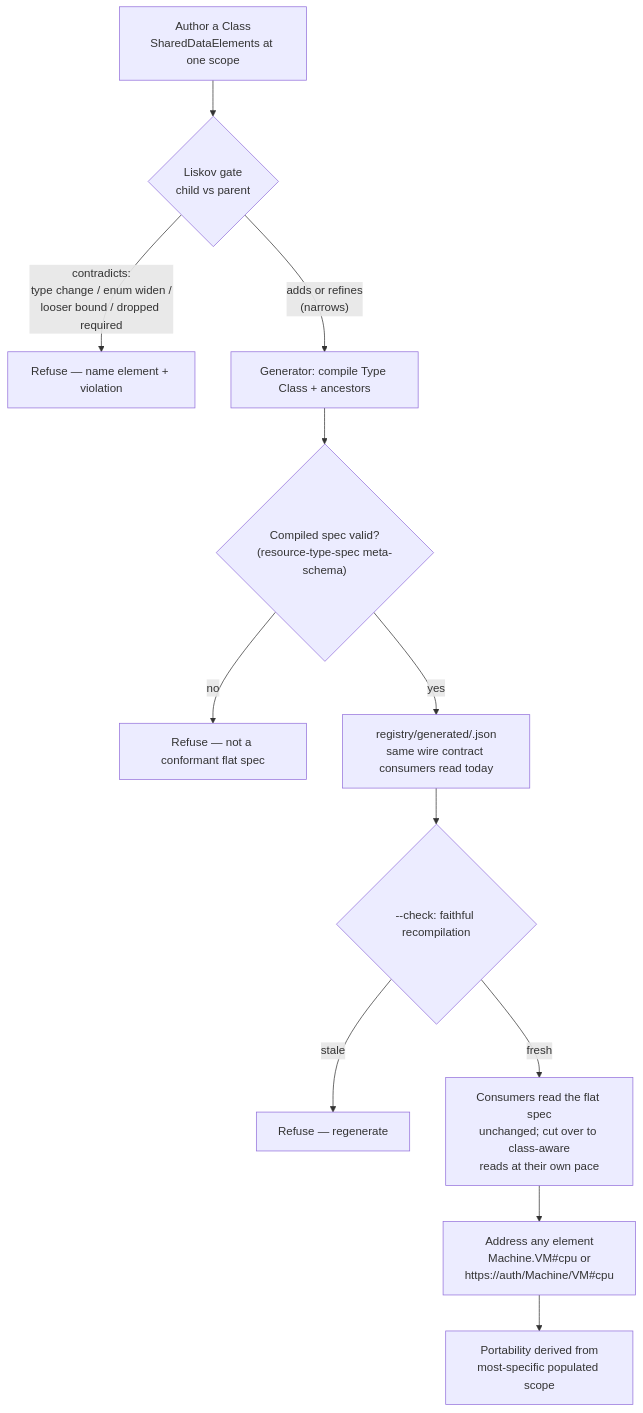
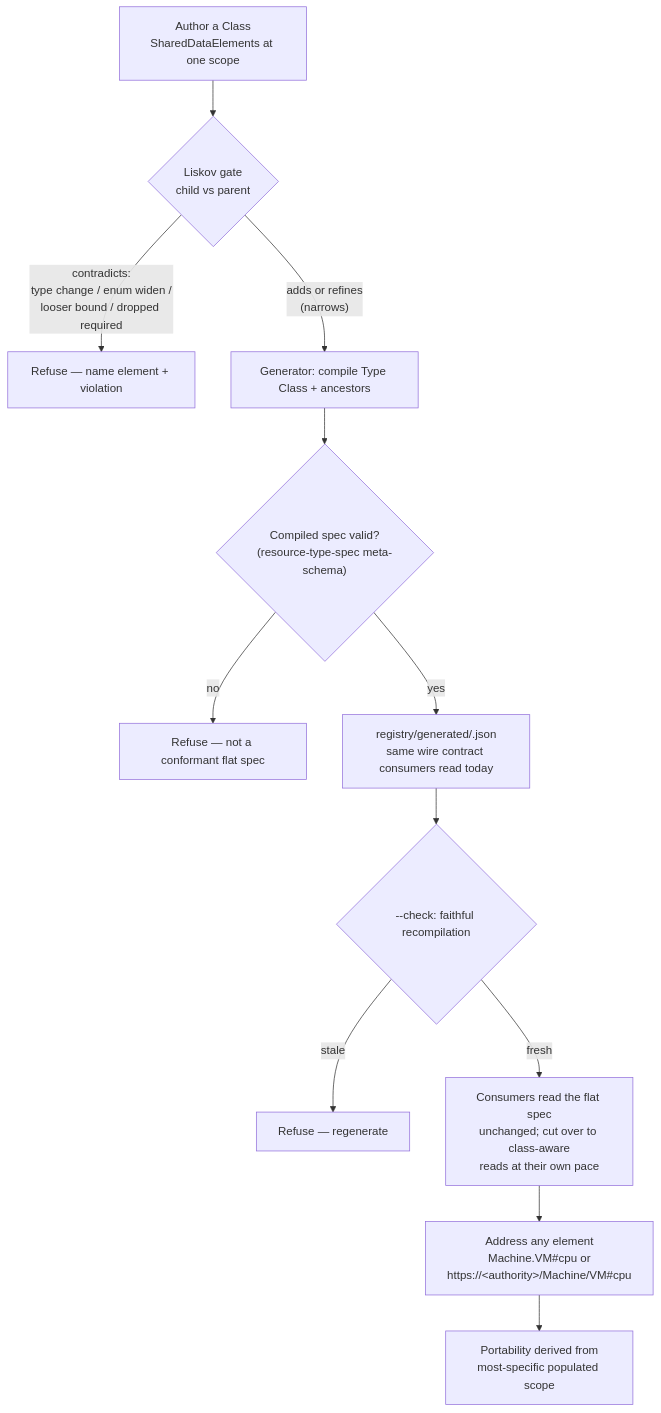
The diagram in docs/flows/scoped-class-lifecycle.md (croadfeldt/udlm), drawn with Mermaid before and after one commit. The commit also changed other lines of this file and 31 other files, not shown here.

First line of the commit message:
docs sweep 4a: the lifecycle flows read true and plain

````diff
--- a/docs/flows/scoped-class-lifecycle.md
+++ b/docs/flows/scoped-class-lifecycle.md
@@ -22,14 +22,14 @@
 ```mermaid
 flowchart TD
     A["Author a Class<br/>SharedDataElements at one scope"] --> B{"Liskov gate<br/>child vs parent"}
     B -->|"contradicts:<br/>type change / enum widen /<br/>looser bound / dropped required"| B1["Refuse — name element + violation"]
     B -->|"adds or refines<br/>(narrows)"| C["Generator: compile Type Class + ancestors"]
     C --> D{"Compiled spec valid?<br/>(resource-type-spec meta-schema)"}
     D -->|"no"| D1["Refuse — not a conformant flat spec"]
     D -->|"yes"| E["registry/generated/<Type>.json<br/>same wire contract consumers read today"]
     E --> F{"--check: faithful recompilation"}
     F -->|"stale"| F1["Refuse — regenerate"]
     F -->|"fresh"| G["Consumers read the flat spec<br/>unchanged; cut over to class-aware<br/>reads at their own pace"]
-    G --> H["Address any element<br/>Machine.VM#cpu or<br/>https://auth/Machine/VM#cpu"]
+    G --> H["Address any element<br/>Machine.VM#cpu or<br/>https://&lt;authority&gt;/Machine/VM#cpu"]
     H --> I["Portability derived from<br/>most-specific populated scope"]
 ```
````
